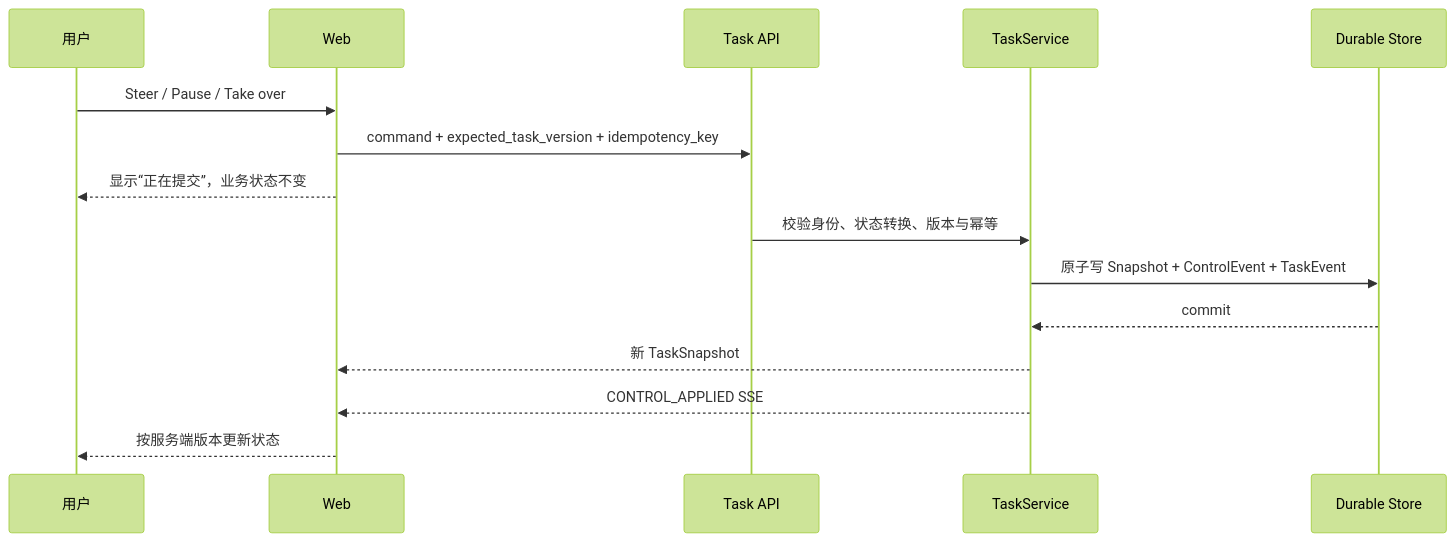
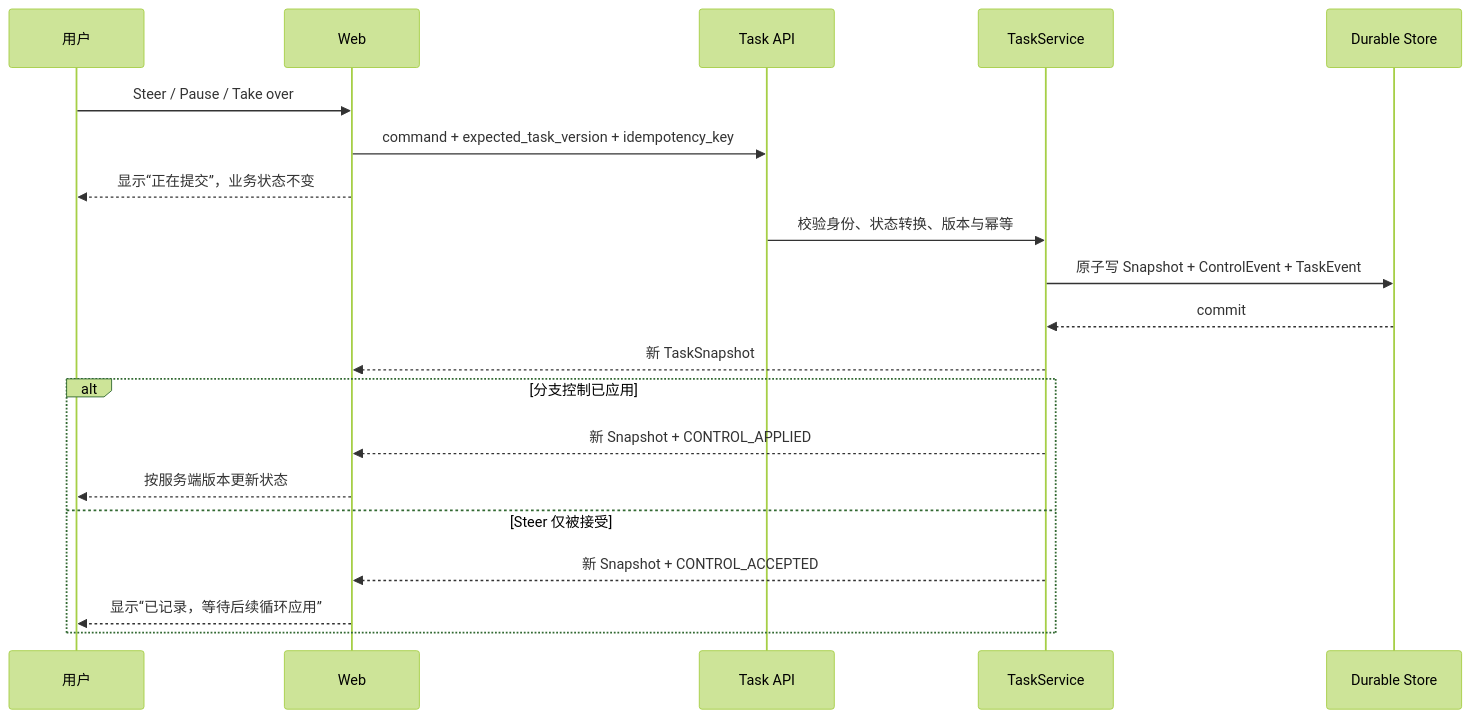
One commit to Dickey007s/lenovo_agent changed the diagram in docs/contracts/UI_SERVER_FACT_MATRIX.md. Above: the diagram before and after it, drawn with Mermaid (forest theme). The commit also changed other lines of this file and 18 other files, not shown here.

````diff
--- a/docs/contracts/UI_SERVER_FACT_MATRIX.md
+++ b/docs/contracts/UI_SERVER_FACT_MATRIX.md
@@ -40,18 +40,23 @@
 ```mermaid
 sequenceDiagram
     participant U as 用户
     participant UI as Web
     participant API as Task API
     participant S as TaskService
     participant DB as Durable Store
 
     U->>UI: Steer / Pause / Take over
     UI->>API: command + expected_task_version + idempotency_key
     UI-->>U: 显示“正在提交”，业务状态不变
     API->>S: 校验身份、状态转换、版本与幂等
     S->>DB: 原子写 Snapshot + ControlEvent + TaskEvent
     DB-->>S: commit
     S-->>UI: 新 TaskSnapshot
-    S-->>UI: CONTROL_APPLIED SSE
-    UI-->>U: 按服务端版本更新状态
+    alt 分支控制已应用
+        S-->>UI: 新 Snapshot + CONTROL_APPLIED
+        UI-->>U: 按服务端版本更新状态
+    else Steer 仅被接受
+        S-->>UI: 新 Snapshot + CONTROL_ACCEPTED
+        UI-->>U: 显示“已记录，等待后续循环应用”
+    end
 ```
````
